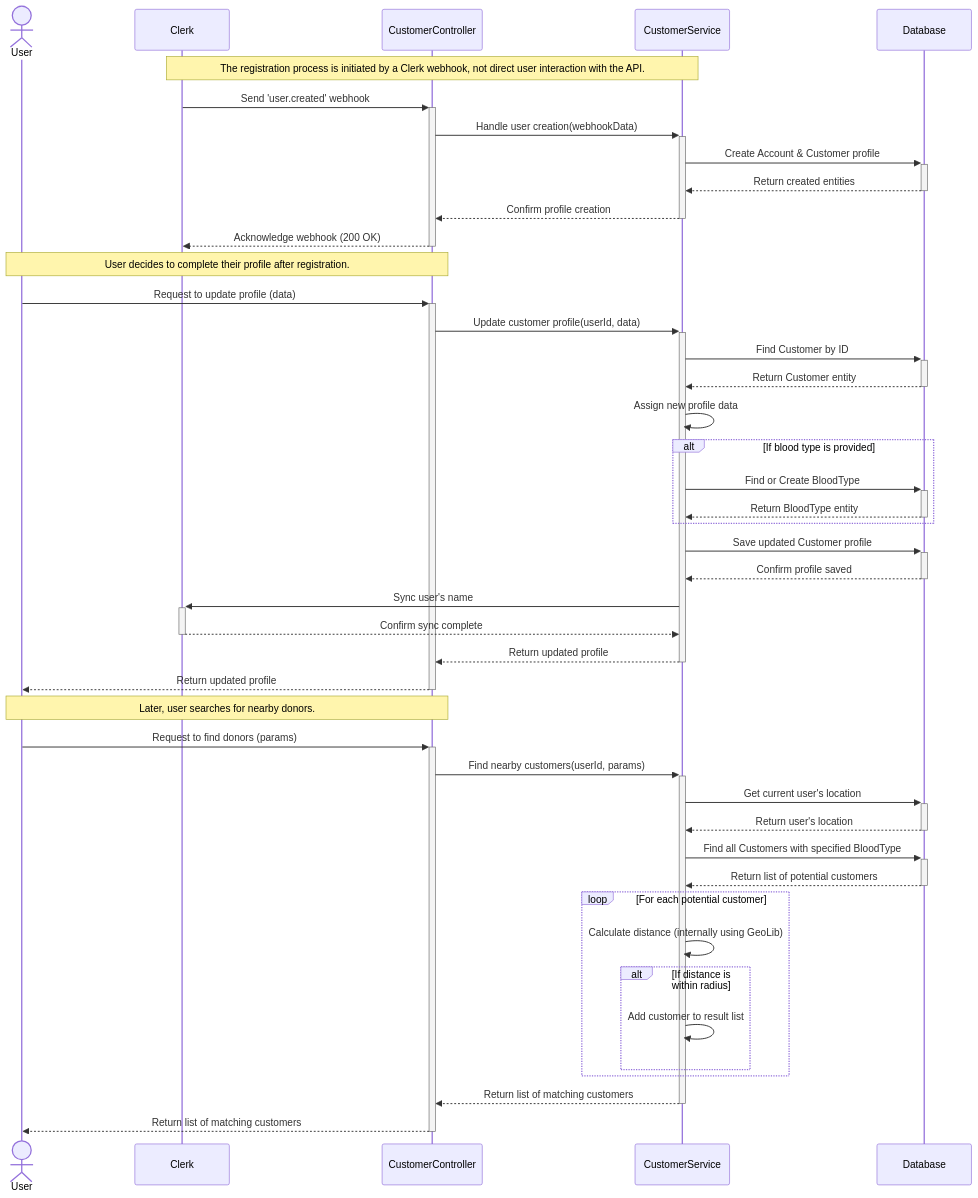
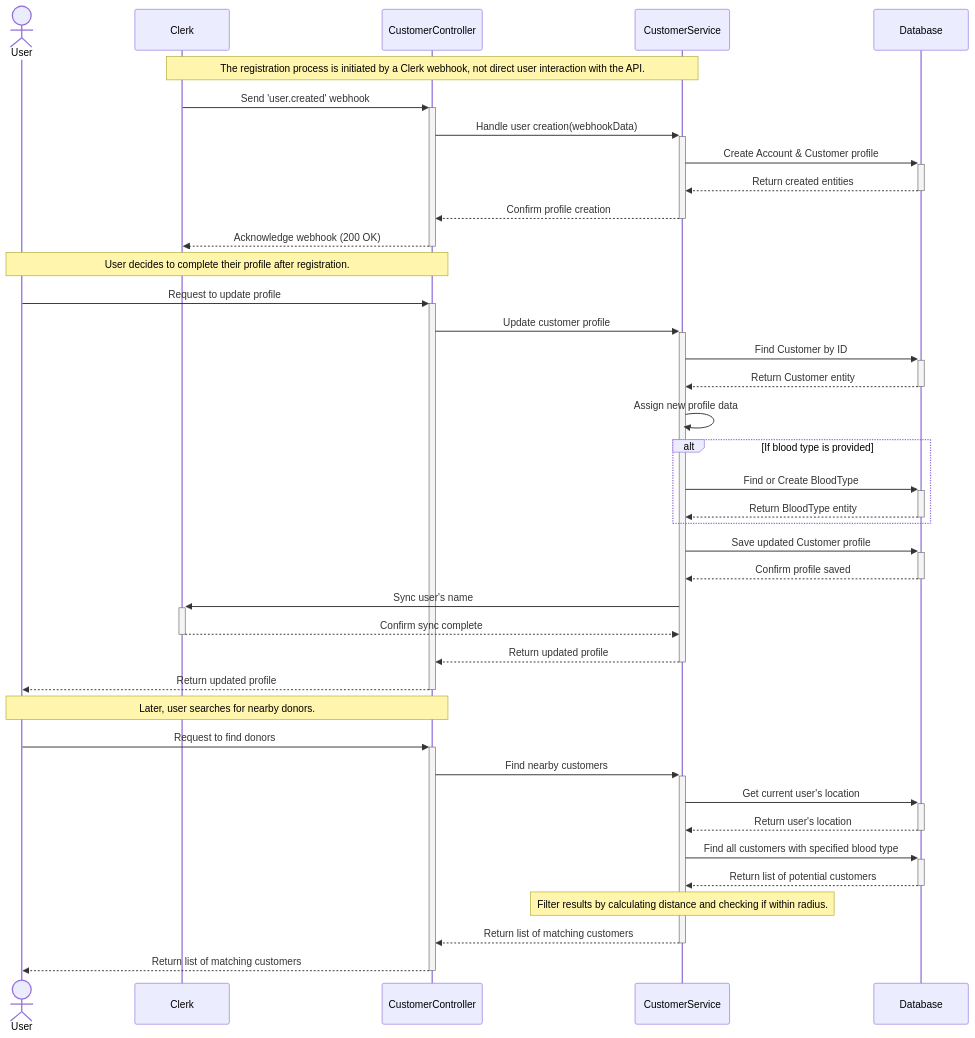
Before and after one commit to phamnguyenviethung/bloodlink-be: the second of 2 diagrams in docs/CUSTOMER_FLOW.md, drawn with Mermaid. The commit also changed other lines of this file and 1 other file, not shown here.

Commit message:
Refine donation request sequence diagram by removing redundant parameters in interactions

````diff
--- a/docs/CUSTOMER_FLOW.md
+++ b/docs/CUSTOMER_FLOW.md
@@ -68,55 +62,50 @@
 ```mermaid
 sequenceDiagram
     actor User
     participant Clerk
     participant CustomerController
     participant CustomerService
     participant Database
 
     %% --- 1. Registration (Webhook) ---
     Note over Clerk, CustomerService: The registration process is initiated by a Clerk webhook, not direct user interaction with the API.
     Clerk->>+CustomerController: Send 'user.created' webhook
     CustomerController->>+CustomerService: Handle user creation(webhookData)
     CustomerService->>+Database: Create Account & Customer profile
     Database-->>-CustomerService: Return created entities
     CustomerService-->>-CustomerController: Confirm profile creation
     CustomerController-->>-Clerk: Acknowledge webhook (200 OK)
 
     Note over User, CustomerController: User decides to complete their profile after registration.
 
     %% --- 2. Profile Update ---
-    User->>+CustomerController: Request to update profile (data)
-    CustomerController->>+CustomerService: Update customer profile(userId, data)
+    User->>+CustomerController: Request to update profile
+    CustomerController->>+CustomerService: Update customer profile
     CustomerService->>+Database: Find Customer by ID
     Database-->>-CustomerService: Return Customer entity
     CustomerService->>CustomerService: Assign new profile data
     alt If blood type is provided
         CustomerService->>+Database: Find or Create BloodType
         Database-->>-CustomerService: Return BloodType entity
     end
     CustomerService->>+Database: Save updated Customer profile
     Database-->>-CustomerService: Confirm profile saved
     CustomerService->>+Clerk: Sync user's name
     Clerk-->>-CustomerService: Confirm sync complete
     CustomerService-->>-CustomerController: Return updated profile
     CustomerController-->>-User: Return updated profile
 
     Note over User, CustomerController: Later, user searches for nearby donors.
 
     %% --- 3. Find Nearby Donors ---
-    User->>+CustomerController: Request to find donors (params)
-    CustomerController->>+CustomerService: Find nearby customers(userId, params)
+    User->>+CustomerController: Request to find donors
+    CustomerController->>+CustomerService: Find nearby customers
     CustomerService->>+Database: Get current user's location
     Database-->>-CustomerService: Return user's location
-    CustomerService->>+Database: Find all Customers with specified BloodType
+    CustomerService->>+Database: Find all customers with specified blood type
     Database-->>-CustomerService: Return list of potential customers
-    loop For each potential customer
-        CustomerService->>CustomerService: Calculate distance (internally using GeoLib)
-        alt If distance is within radius
-            CustomerService->>CustomerService: Add customer to result list
-        end
-    end
+    Note over CustomerService: Filter results by calculating distance and checking if within radius.
     CustomerService-->>-CustomerController: Return list of matching customers
     CustomerController-->>-User: Return list of matching customers
 
 ```
````
